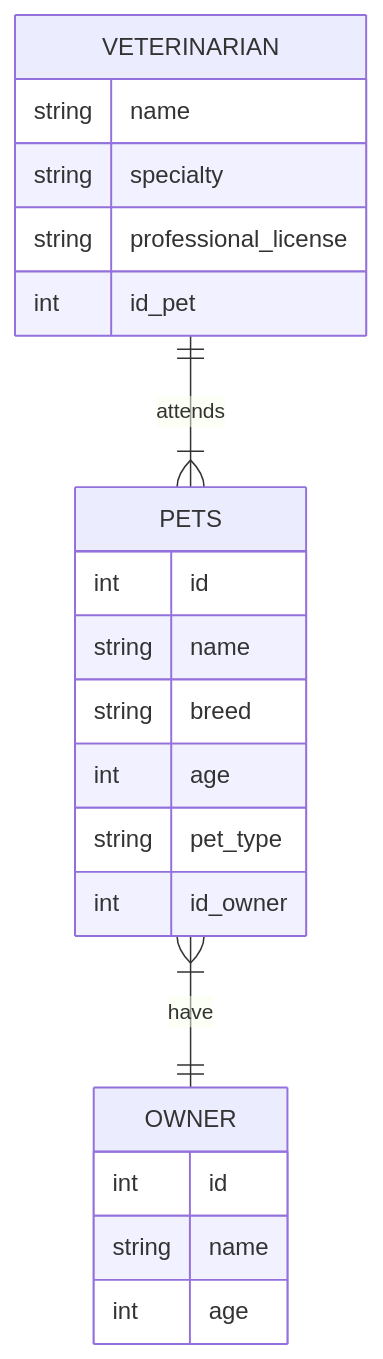
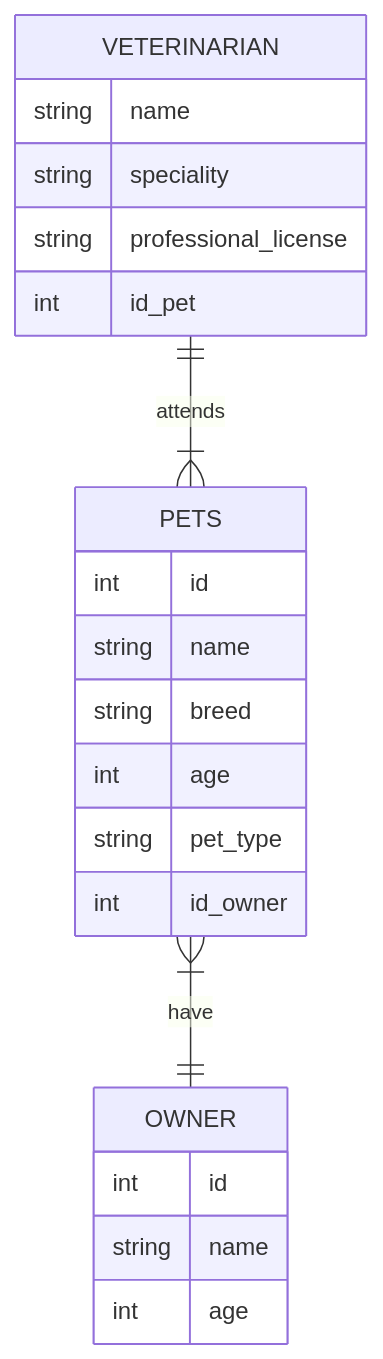
Before and after one commit to Gloria-2001/Veterinary-Clinic: the diagram in README.md, drawn with Mermaid.

Commit message:
Readme Update

````diff
--- a/README.md
+++ b/README.md
@@ -12,24 +12,24 @@
 ```mermaid
 erDiagram
     PETS |{--|| OWNER : have
     PETS {
         int id
         string name
         string breed
         int age
         string pet_type
         int id_owner
     }
     OWNER {
         int id
         string name
         int age
     }
     VETERINARIAN ||--|{ PETS : attends
     VETERINARIAN {
         string name
-        string specialty
+        string speciality
         string professional_license
         int id_pet
     }
 ```
````
